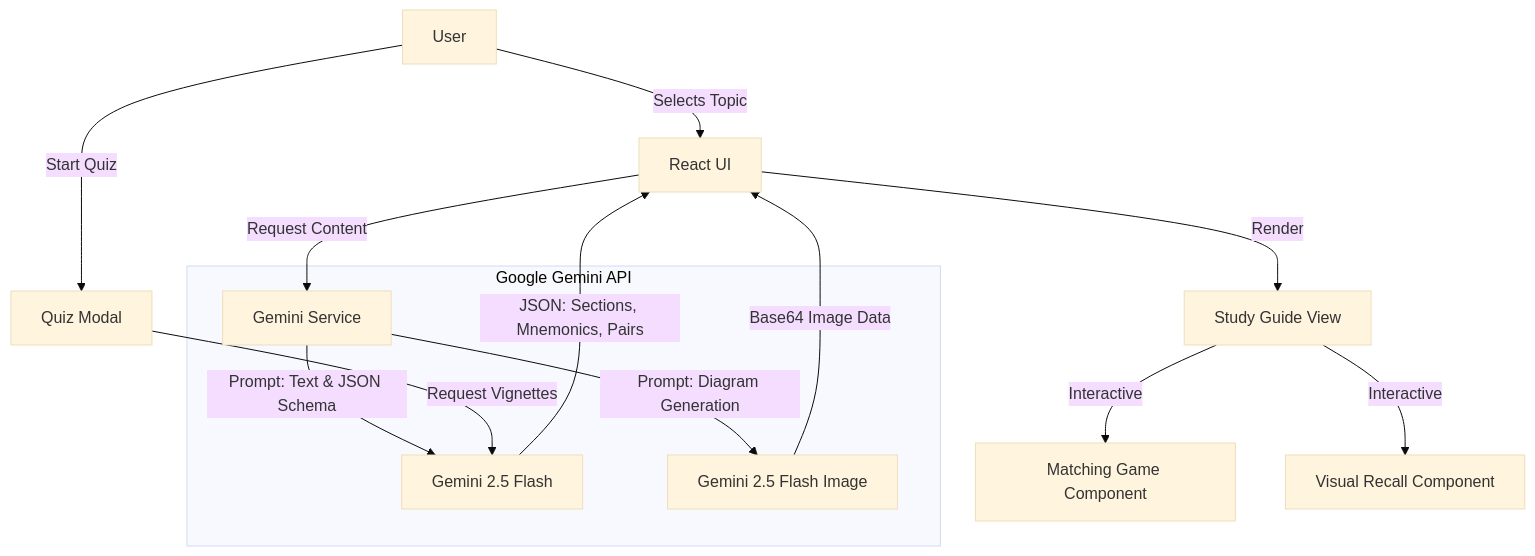
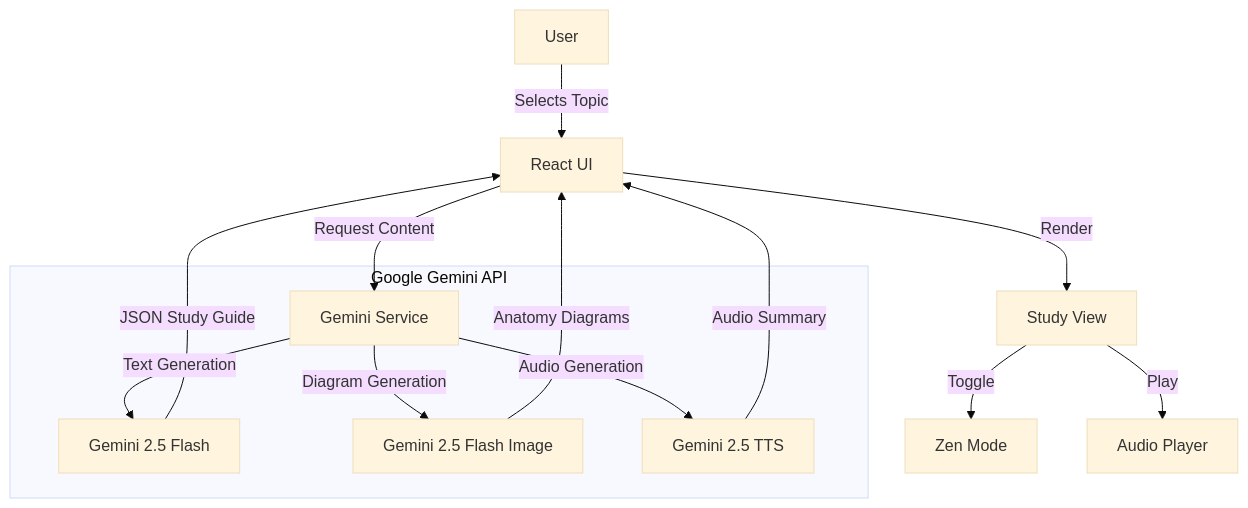
One commit to senushidinara/MedRecap-AI changed the diagram in README.md. Above: the diagram before and after it, drawn with Mermaid (base theme). The commit also changed other lines of this file and 8 other files, not shown here.

First line of the commit message:
feat: Integrate Mermaid for visual diagrams

````diff
--- a/README.md
+++ b/README.md
@@ -51,20 +40,19 @@
 ```mermaid
 graph TD
     User[User] -->|Selects Topic| UI[React UI]
     UI -->|Request Content| Service[Gemini Service]
     
     subgraph "Google Gemini API"
-        Service -->|Prompt: Text & JSON Schema| Flash[Gemini 2.5 Flash]
-        Service -->|Prompt: Diagram Generation| Imagen[Gemini 2.5 Flash Image]
+        Service -->|Text Generation| Flash[Gemini 2.5 Flash]
+        Service -->|Diagram Generation| Imagen[Gemini 2.5 Flash Image]
+        Service -->|Audio Generation| TTS[Gemini 2.5 TTS]
     end
     
-    Flash -->|JSON: Sections, Mnemonics, Pairs| UI
-    Imagen -->|Base64 Image Data| UI
+    Flash -->|JSON Study Guide| UI
+    Imagen -->|Anatomy Diagrams| UI
+    TTS -->|Audio Summary| UI
     
-    UI -->|Render| Guide[Study Guide View]
-    Guide -->|Interactive| Game[Matching Game Component]
-    Guide -->|Interactive| Visual[Visual Recall Component]
-    
-    User -->|Start Quiz| Quiz[Quiz Modal]
-    Quiz -->|Request Vignettes| Flash
+    UI -->|Render| Guide[Study View]
+    Guide -->|Toggle| Zen[Zen Mode]
+    Guide -->|Play| Audio[Audio Player]
 ```
````
